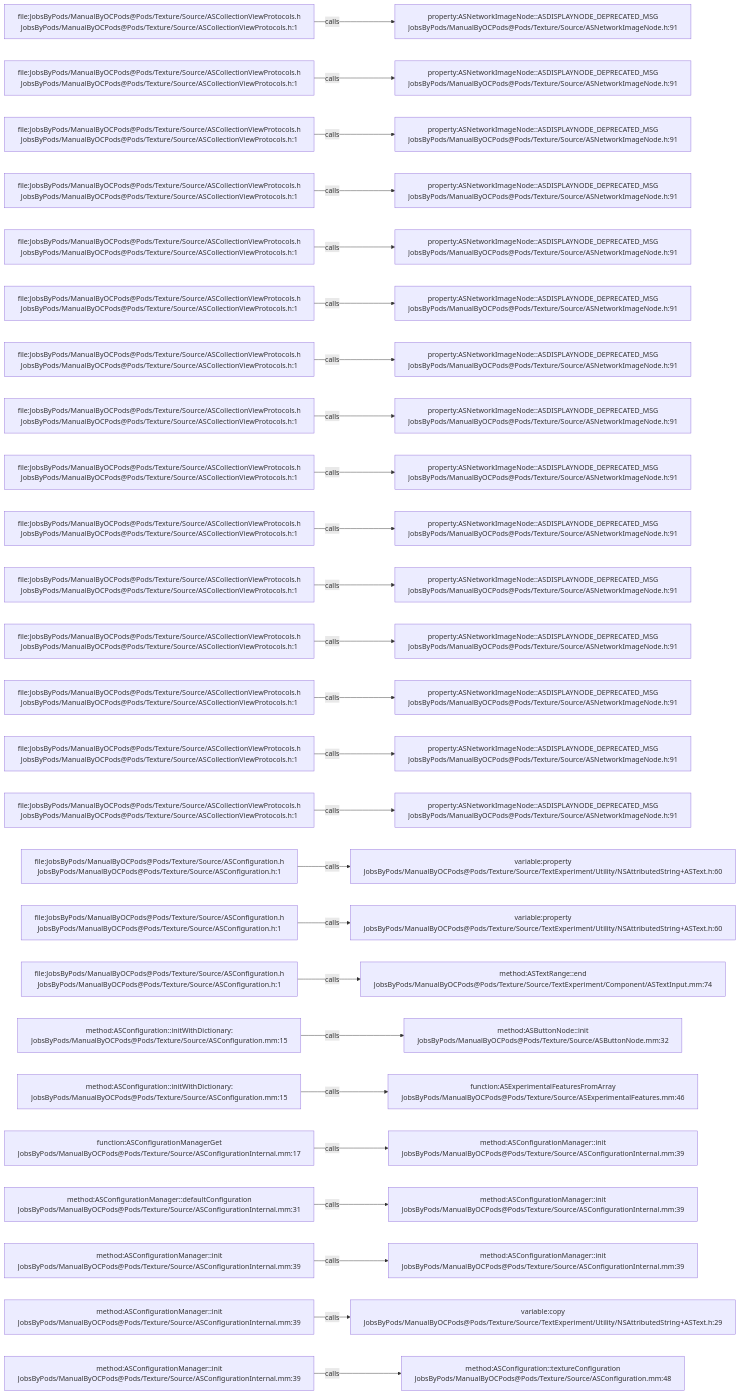
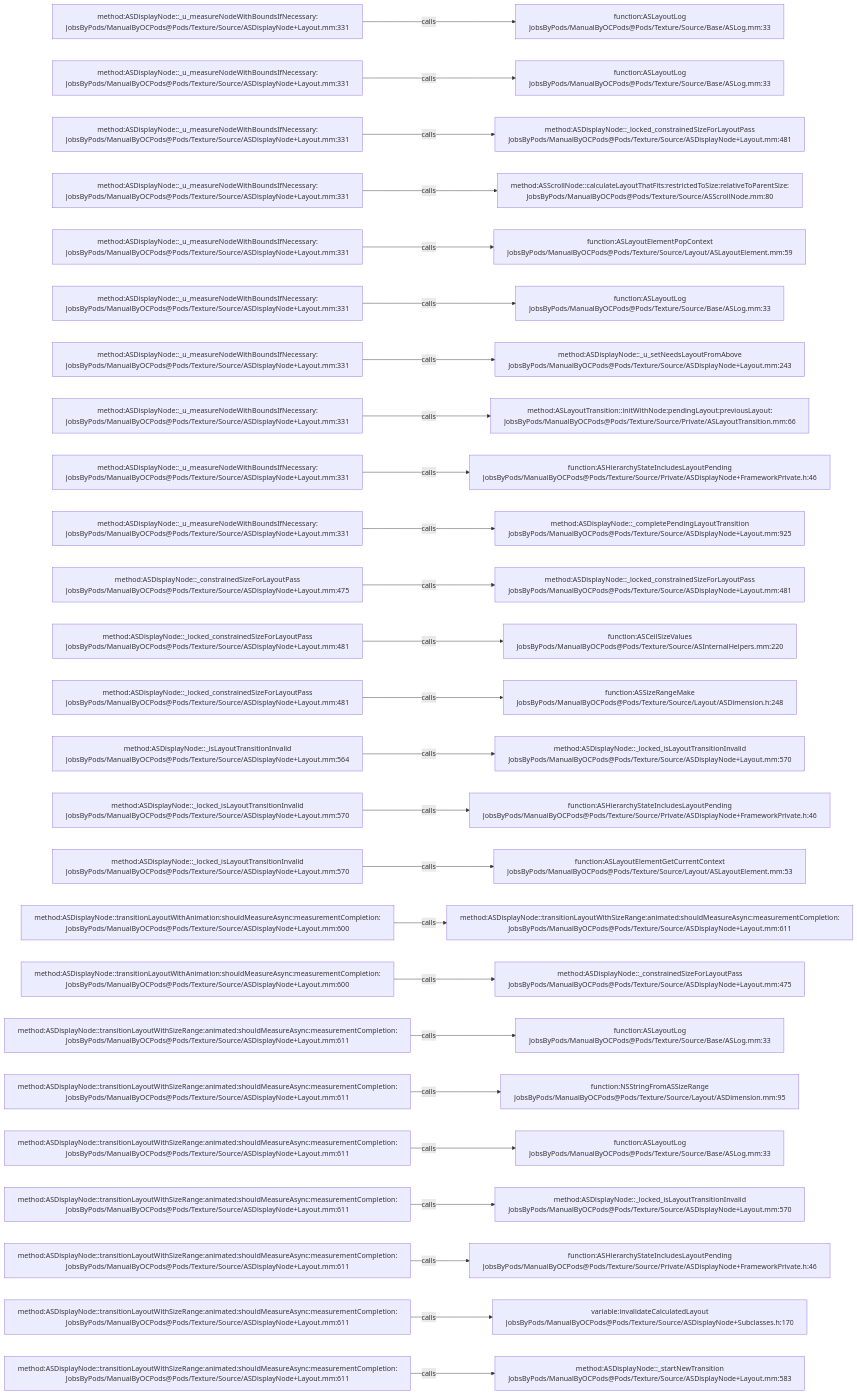
Before and after one commit to JobsKits/JobsOCBaseConfigDemo: the diagram in .codegraph/codegraph.md/graphs/calls-077.md, drawn with Mermaid. The commit also changed 2723 other files, not shown here.

````diff
--- a/.codegraph/codegraph.md/graphs/calls-077.md
+++ b/.codegraph/codegraph.md/graphs/calls-077.md
@@ -13,78 +13,78 @@
 ```mermaid
 flowchart LR
-  S1["file:JobsByPods/ManualByOCPods@Pods/Texture/Source/ASCollectionViewProtocols.h<br/>JobsByPods/ManualByOCPods@Pods/Texture/Source/ASCollectionViewProtocols.h:1"]
-  T1["property:ASNetworkImageNode::ASDISPLAYNODE_DEPRECATED_MSG<br/>JobsByPods/ManualByOCPods@Pods/Texture/Source/ASNetworkImageNode.h:91"]
+  S1["method:ASDisplayNode::_u_measureNodeWithBoundsIfNecessary:<br/>JobsByPods/ManualByOCPods@Pods/Texture/Source/ASDisplayNode+Layout.mm:331"]
+  T1["function:ASLayoutLog<br/>JobsByPods/ManualByOCPods@Pods/Texture/Source/Base/ASLog.mm:33"]
   S1 -->|calls| T1
-  S2["file:JobsByPods/ManualByOCPods@Pods/Texture/Source/ASCollectionViewProtocols.h<br/>JobsByPods/ManualByOCPods@Pods/Texture/Source/ASCollectionViewProtocols.h:1"]
-  T2["property:ASNetworkImageNode::ASDISPLAYNODE_DEPRECATED_MSG<br/>JobsByPods/ManualByOCPods@Pods/Texture/Source/ASNetworkImageNode.h:91"]
+  S2["method:ASDisplayNode::_u_measureNodeWithBoundsIfNecessary:<br/>JobsByPods/ManualByOCPods@Pods/Texture/Source/ASDisplayNode+Layout.mm:331"]
+  T2["function:ASLayoutLog<br/>JobsByPods/ManualByOCPods@Pods/Texture/Source/Base/ASLog.mm:33"]
   S2 -->|calls| T2
-  S3["file:JobsByPods/ManualByOCPods@Pods/Texture/Source/ASCollectionViewProtocols.h<br/>JobsByPods/ManualByOCPods@Pods/Texture/Source/ASCollectionViewProtocols.h:1"]
-  T3["property:ASNetworkImageNode::ASDISPLAYNODE_DEPRECATED_MSG<br/>JobsByPods/ManualByOCPods@Pods/Texture/Source/ASNetworkImageNode.h:91"]
+  S3["method:ASDisplayNode::_u_measureNodeWithBoundsIfNecessary:<br/>JobsByPods/ManualByOCPods@Pods/Texture/Source/ASDisplayNode+Layout.mm:331"]
+  T3["method:ASDisplayNode::_locked_constrainedSizeForLayoutPass<br/>JobsByPods/ManualByOCPods@Pods/Texture/Source/ASDisplayNode+Layout.mm:481"]
   S3 -->|calls| T3
-  S4["file:JobsByPods/ManualByOCPods@Pods/Texture/Source/ASCollectionViewProtocols.h<br/>JobsByPods/ManualByOCPods@Pods/Texture/Source/ASCollectionViewProtocols.h:1"]
-  T4["property:ASNetworkImageNode::ASDISPLAYNODE_DEPRECATED_MSG<br/>JobsByPods/ManualByOCPods@Pods/Texture/Source/ASNetworkImageNode.h:91"]
+  S4["method:ASDisplayNode::_u_measureNodeWithBoundsIfNecessary:<br/>JobsByPods/ManualByOCPods@Pods/Texture/Source/ASDisplayNode+Layout.mm:331"]
+  T4["method:ASScrollNode::calculateLayoutThatFits:restrictedToSize:relativeToParentSize:<br/>JobsByPods/ManualByOCPods@Pods/Texture/Source/ASScrollNode.mm:80"]
   S4 -->|calls| T4
-  S5["file:JobsByPods/ManualByOCPods@Pods/Texture/Source/ASCollectionViewProtocols.h<br/>JobsByPods/ManualByOCPods@Pods/Texture/Source/ASCollectionViewProtocols.h:1"]
-  T5["property:ASNetworkImageNode::ASDISPLAYNODE_DEPRECATED_MSG<br/>JobsByPods/ManualByOCPods@Pods/Texture/Source/ASNetworkImageNode.h:91"]
+  S5["method:ASDisplayNode::_u_measureNodeWithBoundsIfNecessary:<br/>JobsByPods/ManualByOCPods@Pods/Texture/Source/ASDisplayNode+Layout.mm:331"]
+  T5["function:ASLayoutElementPopContext<br/>JobsByPods/ManualByOCPods@Pods/Texture/Source/Layout/ASLayoutElement.mm:59"]
   S5 -->|calls| T5
-  S6["file:JobsByPods/ManualByOCPods@Pods/Texture/Source/ASCollectionViewProtocols.h<br/>JobsByPods/ManualByOCPods@Pods/Texture/Source/ASCollectionViewProtocols.h:1"]
-  T6["property:ASNetworkImageNode::ASDISPLAYNODE_DEPRECATED_MSG<br/>JobsByPods/ManualByOCPods@Pods/Texture/Source/ASNetworkImageNode.h:91"]
+  S6["method:ASDisplayNode::_u_measureNodeWithBoundsIfNecessary:<br/>JobsByPods/ManualByOCPods@Pods/Texture/Source/ASDisplayNode+Layout.mm:331"]
+  T6["function:ASLayoutLog<br/>JobsByPods/ManualByOCPods@Pods/Texture/Source/Base/ASLog.mm:33"]
   S6 -->|calls| T6
-  S7["file:JobsByPods/ManualByOCPods@Pods/Texture/Source/ASCollectionViewProtocols.h<br/>JobsByPods/ManualByOCPods@Pods/Texture/Source/ASCollectionViewProtocols.h:1"]
-  T7["property:ASNetworkImageNode::ASDISPLAYNODE_DEPRECATED_MSG<br/>JobsByPods/ManualByOCPods@Pods/Texture/Source/ASNetworkImageNode.h:91"]
+  S7["method:ASDisplayNode::_u_measureNodeWithBoundsIfNecessary:<br/>JobsByPods/ManualByOCPods@Pods/Texture/Source/ASDisplayNode+Layout.mm:331"]
+  T7["method:ASDisplayNode::_u_setNeedsLayoutFromAbove<br/>JobsByPods/ManualByOCPods@Pods/Texture/Source/ASDisplayNode+Layout.mm:243"]
   S7 -->|calls| T7
-  S8["file:JobsByPods/ManualByOCPods@Pods/Texture/Source/ASCollectionViewProtocols.h<br/>JobsByPods/ManualByOCPods@Pods/Texture/Source/ASCollectionViewProtocols.h:1"]
-  T8["property:ASNetworkImageNode::ASDISPLAYNODE_DEPRECATED_MSG<br/>JobsByPods/ManualByOCPods@Pods/Texture/Source/ASNetworkImageNode.h:91"]
+  S8["method:ASDisplayNode::_u_measureNodeWithBoundsIfNecessary:<br/>JobsByPods/ManualByOCPods@Pods/Texture/Source/ASDisplayNode+Layout.mm:331"]
+  T8["method:ASLayoutTransition::initWithNode:pendingLayout:previousLayout:<br/>JobsByPods/ManualByOCPods@Pods/Texture/Source/Private/ASLayoutTransition.mm:66"]
   S8 -->|calls| T8
-  S9["file:JobsByPods/ManualByOCPods@Pods/Texture/Source/ASCollectionViewProtocols.h<br/>JobsByPods/ManualByOCPods@Pods/Texture/Source/ASCollectionViewProtocols.h:1"]
-  T9["property:ASNetworkImageNode::ASDISPLAYNODE_DEPRECATED_MSG<br/>JobsByPods/ManualByOCPods@Pods/Texture/Source/ASNetworkImageNode.h:91"]
+  S9["method:ASDisplayNode::_u_measureNodeWithBoundsIfNecessary:<br/>JobsByPods/ManualByOCPods@Pods/Texture/Source/ASDisplayNode+Layout.mm:331"]
+  T9["function:ASHierarchyStateIncludesLayoutPending<br/>JobsByPods/ManualByOCPods@Pods/Texture/Source/Private/ASDisplayNode+FrameworkPrivate.h:46"]
   S9 -->|calls| T9
-  S10["file:JobsByPods/ManualByOCPods@Pods/Texture/Source/ASCollectionViewProtocols.h<br/>JobsByPods/ManualByOCPods@Pods/Texture/Source/ASCollectionViewProtocols.h:1"]
-  T10["property:ASNetworkImageNode::ASDISPLAYNODE_DEPRECATED_MSG<br/>JobsByPods/ManualByOCPods@Pods/Texture/Source/ASNetworkImageNode.h:91"]
+  S10["method:ASDisplayNode::_u_measureNodeWithBoundsIfNecessary:<br/>JobsByPods/ManualByOCPods@Pods/Texture/Source/ASDisplayNode+Layout.mm:331"]
+  T10["method:ASDisplayNode::_completePendingLayoutTransition<br/>JobsByPods/ManualByOCPods@Pods/Texture/Source/ASDisplayNode+Layout.mm:925"]
   S10 -->|calls| T10
-  S11["file:JobsByPods/ManualByOCPods@Pods/Texture/Source/ASCollectionViewProtocols.h<br/>JobsByPods/ManualByOCPods@Pods/Texture/Source/ASCollectionViewProtocols.h:1"]
-  T11["property:ASNetworkImageNode::ASDISPLAYNODE_DEPRECATED_MSG<br/>JobsByPods/ManualByOCPods@Pods/Texture/Source/ASNetworkImageNode.h:91"]
+  S11["method:ASDisplayNode::_constrainedSizeForLayoutPass<br/>JobsByPods/ManualByOCPods@Pods/Texture/Source/ASDisplayNode+Layout.mm:475"]
+  T11["method:ASDisplayNode::_locked_constrainedSizeForLayoutPass<br/>JobsByPods/ManualByOCPods@Pods/Texture/Source/ASDisplayNode+Layout.mm:481"]
   S11 -->|calls| T11
-  S12["file:JobsByPods/ManualByOCPods@Pods/Texture/Source/ASCollectionViewProtocols.h<br/>JobsByPods/ManualByOCPods@Pods/Texture/Source/ASCollectionViewProtocols.h:1"]
-  T12["property:ASNetworkImageNode::ASDISPLAYNODE_DEPRECATED_MSG<br/>JobsByPods/ManualByOCPods@Pods/Texture/Source/ASNetworkImageNode.h:91"]
+  S12["method:ASDisplayNode::_locked_constrainedSizeForLayoutPass<br/>JobsByPods/ManualByOCPods@Pods/Texture/Source/ASDisplayNode+Layout.mm:481"]
+  T12["function:ASCeilSizeValues<br/>JobsByPods/ManualByOCPods@Pods/Texture/Source/ASInternalHelpers.mm:220"]
   S12 -->|calls| T12
-  S13["file:JobsByPods/ManualByOCPods@Pods/Texture/Source/ASCollectionViewProtocols.h<br/>JobsByPods/ManualByOCPods@Pods/Texture/Source/ASCollectionViewProtocols.h:1"]
-  T13["property:ASNetworkImageNode::ASDISPLAYNODE_DEPRECATED_MSG<br/>JobsByPods/ManualByOCPods@Pods/Texture/Source/ASNetworkImageNode.h:91"]
+  S13["method:ASDisplayNode::_locked_constrainedSizeForLayoutPass<br/>JobsByPods/ManualByOCPods@Pods/Texture/Source/ASDisplayNode+Layout.mm:481"]
+  T13["function:ASSizeRangeMake<br/>JobsByPods/ManualByOCPods@Pods/Texture/Source/Layout/ASDimension.h:248"]
   S13 -->|calls| T13
-  S14["file:JobsByPods/ManualByOCPods@Pods/Texture/Source/ASCollectionViewProtocols.h<br/>JobsByPods/ManualByOCPods@Pods/Texture/Source/ASCollectionViewProtocols.h:1"]
-  T14["property:ASNetworkImageNode::ASDISPLAYNODE_DEPRECATED_MSG<br/>JobsByPods/ManualByOCPods@Pods/Texture/Source/ASNetworkImageNode.h:91"]
+  S14["method:ASDisplayNode::_isLayoutTransitionInvalid<br/>JobsByPods/ManualByOCPods@Pods/Texture/Source/ASDisplayNode+Layout.mm:564"]
+  T14["method:ASDisplayNode::_locked_isLayoutTransitionInvalid<br/>JobsByPods/ManualByOCPods@Pods/Texture/Source/ASDisplayNode+Layout.mm:570"]
   S14 -->|calls| T14
-  S15["file:JobsByPods/ManualByOCPods@Pods/Texture/Source/ASCollectionViewProtocols.h<br/>JobsByPods/ManualByOCPods@Pods/Texture/Source/ASCollectionViewProtocols.h:1"]
-  T15["property:ASNetworkImageNode::ASDISPLAYNODE_DEPRECATED_MSG<br/>JobsByPods/ManualByOCPods@Pods/Texture/Source/ASNetworkImageNode.h:91"]
+  S15["method:ASDisplayNode::_locked_isLayoutTransitionInvalid<br/>JobsByPods/ManualByOCPods@Pods/Texture/Source/ASDisplayNode+Layout.mm:570"]
+  T15["function:ASHierarchyStateIncludesLayoutPending<br/>JobsByPods/ManualByOCPods@Pods/Texture/Source/Private/ASDisplayNode+FrameworkPrivate.h:46"]
   S15 -->|calls| T15
-  S16["file:JobsByPods/ManualByOCPods@Pods/Texture/Source/ASConfiguration.h<br/>JobsByPods/ManualByOCPods@Pods/Texture/Source/ASConfiguration.h:1"]
-  T16["variable:property<br/>JobsByPods/ManualByOCPods@Pods/Texture/Source/TextExperiment/Utility/NSAttributedString+ASText.h:60"]
+  S16["method:ASDisplayNode::_locked_isLayoutTransitionInvalid<br/>JobsByPods/ManualByOCPods@Pods/Texture/Source/ASDisplayNode+Layout.mm:570"]
+  T16["function:ASLayoutElementGetCurrentContext<br/>JobsByPods/ManualByOCPods@Pods/Texture/Source/Layout/ASLayoutElement.mm:53"]
   S16 -->|calls| T16
-  S17["file:JobsByPods/ManualByOCPods@Pods/Texture/Source/ASConfiguration.h<br/>JobsByPods/ManualByOCPods@Pods/Texture/Source/ASConfiguration.h:1"]
-  T17["variable:property<br/>JobsByPods/ManualByOCPods@Pods/Texture/Source/TextExperiment/Utility/NSAttributedString+ASText.h:60"]
+  S17["method:ASDisplayNode::transitionLayoutWithAnimation:shouldMeasureAsync:measurementCompletion:<br/>JobsByPods/ManualByOCPods@Pods/Texture/Source/ASDisplayNode+Layout.mm:600"]
+  T17["method:ASDisplayNode::transitionLayoutWithSizeRange:animated:shouldMeasureAsync:measurementCompletion:<br/>JobsByPods/ManualByOCPods@Pods/Texture/Source/ASDisplayNode+Layout.mm:611"]
   S17 -->|calls| T17
-  S18["file:JobsByPods/ManualByOCPods@Pods/Texture/Source/ASConfiguration.h<br/>JobsByPods/ManualByOCPods@Pods/Texture/Source/ASConfiguration.h:1"]
-  T18["method:ASTextRange::end<br/>JobsByPods/ManualByOCPods@Pods/Texture/Source/TextExperiment/Component/ASTextInput.mm:74"]
+  S18["method:ASDisplayNode::transitionLayoutWithAnimation:shouldMeasureAsync:measurementCompletion:<br/>JobsByPods/ManualByOCPods@Pods/Texture/Source/ASDisplayNode+Layout.mm:600"]
+  T18["method:ASDisplayNode::_constrainedSizeForLayoutPass<br/>JobsByPods/ManualByOCPods@Pods/Texture/Source/ASDisplayNode+Layout.mm:475"]
   S18 -->|calls| T18
-  S19["method:ASConfiguration::initWithDictionary:<br/>JobsByPods/ManualByOCPods@Pods/Texture/Source/ASConfiguration.mm:15"]
-  T19["method:ASButtonNode::init<br/>JobsByPods/ManualByOCPods@Pods/Texture/Source/ASButtonNode.mm:32"]
+  S19["method:ASDisplayNode::transitionLayoutWithSizeRange:animated:shouldMeasureAsync:measurementCompletion:<br/>JobsByPods/ManualByOCPods@Pods/Texture/Source/ASDisplayNode+Layout.mm:611"]
+  T19["function:ASLayoutLog<br/>JobsByPods/ManualByOCPods@Pods/Texture/Source/Base/ASLog.mm:33"]
   S19 -->|calls| T19
-  S20["method:ASConfiguration::initWithDictionary:<br/>JobsByPods/ManualByOCPods@Pods/Texture/Source/ASConfiguration.mm:15"]
-  T20["function:ASExperimentalFeaturesFromArray<br/>JobsByPods/ManualByOCPods@Pods/Texture/Source/ASExperimentalFeatures.mm:46"]
+  S20["method:ASDisplayNode::transitionLayoutWithSizeRange:animated:shouldMeasureAsync:measurementCompletion:<br/>JobsByPods/ManualByOCPods@Pods/Texture/Source/ASDisplayNode+Layout.mm:611"]
+  T20["function:NSStringFromASSizeRange<br/>JobsByPods/ManualByOCPods@Pods/Texture/Source/Layout/ASDimension.mm:95"]
   S20 -->|calls| T20
-  S21["function:ASConfigurationManagerGet<br/>JobsByPods/ManualByOCPods@Pods/Texture/Source/ASConfigurationInternal.mm:17"]
-  T21["method:ASConfigurationManager::init<br/>JobsByPods/ManualByOCPods@Pods/Texture/Source/ASConfigurationInternal.mm:39"]
+  S21["method:ASDisplayNode::transitionLayoutWithSizeRange:animated:shouldMeasureAsync:measurementCompletion:<br/>JobsByPods/ManualByOCPods@Pods/Texture/Source/ASDisplayNode+Layout.mm:611"]
+  T21["function:ASLayoutLog<br/>JobsByPods/ManualByOCPods@Pods/Texture/Source/Base/ASLog.mm:33"]
   S21 -->|calls| T21
-  S22["method:ASConfigurationManager::defaultConfiguration<br/>JobsByPods/ManualByOCPods@Pods/Texture/Source/ASConfigurationInternal.mm:31"]
-  T22["method:ASConfigurationManager::init<br/>JobsByPods/ManualByOCPods@Pods/Texture/Source/ASConfigurationInternal.mm:39"]
+  S22["method:ASDisplayNode::transitionLayoutWithSizeRange:animated:shouldMeasureAsync:measurementCompletion:<br/>JobsByPods/ManualByOCPods@Pods/Texture/Source/ASDisplayNode+Layout.mm:611"]
+  T22["method:ASDisplayNode::_locked_isLayoutTransitionInvalid<br/>JobsByPods/ManualByOCPods@Pods/Texture/Source/ASDisplayNode+Layout.mm:570"]
   S22 -->|calls| T22
-  S23["method:ASConfigurationManager::init<br/>JobsByPods/ManualByOCPods@Pods/Texture/Source/ASConfigurationInternal.mm:39"]
-  T23["method:ASConfigurationManager::init<br/>JobsByPods/ManualByOCPods@Pods/Texture/Source/ASConfigurationInternal.mm:39"]
+  S23["method:ASDisplayNode::transitionLayoutWithSizeRange:animated:shouldMeasureAsync:measurementCompletion:<br/>JobsByPods/ManualByOCPods@Pods/Texture/Source/ASDisplayNode+Layout.mm:611"]
+  T23["function:ASHierarchyStateIncludesLayoutPending<br/>JobsByPods/ManualByOCPods@Pods/Texture/Source/Private/ASDisplayNode+FrameworkPrivate.h:46"]
   S23 -->|calls| T23
-  S24["method:ASConfigurationManager::init<br/>JobsByPods/ManualByOCPods@Pods/Texture/Source/ASConfigurationInternal.mm:39"]
-  T24["variable:copy<br/>JobsByPods/ManualByOCPods@Pods/Texture/Source/TextExperiment/Utility/NSAttributedString+ASText.h:29"]
+  S24["method:ASDisplayNode::transitionLayoutWithSizeRange:animated:shouldMeasureAsync:measurementCompletion:<br/>JobsByPods/ManualByOCPods@Pods/Texture/Source/ASDisplayNode+Layout.mm:611"]
+  T24["variable:invalidateCalculatedLayout<br/>JobsByPods/ManualByOCPods@Pods/Texture/Source/ASDisplayNode+Subclasses.h:170"]
   S24 -->|calls| T24
-  S25["method:ASConfigurationManager::init<br/>JobsByPods/ManualByOCPods@Pods/Texture/Source/ASConfigurationInternal.mm:39"]
-  T25["method:ASConfiguration::textureConfiguration<br/>JobsByPods/ManualByOCPods@Pods/Texture/Source/ASConfiguration.mm:48"]
+  S25["method:ASDisplayNode::transitionLayoutWithSizeRange:animated:shouldMeasureAsync:measurementCompletion:<br/>JobsByPods/ManualByOCPods@Pods/Texture/Source/ASDisplayNode+Layout.mm:611"]
+  T25["method:ASDisplayNode::_startNewTransition<br/>JobsByPods/ManualByOCPods@Pods/Texture/Source/ASDisplayNode+Layout.mm:583"]
   S25 -->|calls| T25
 ```
````
